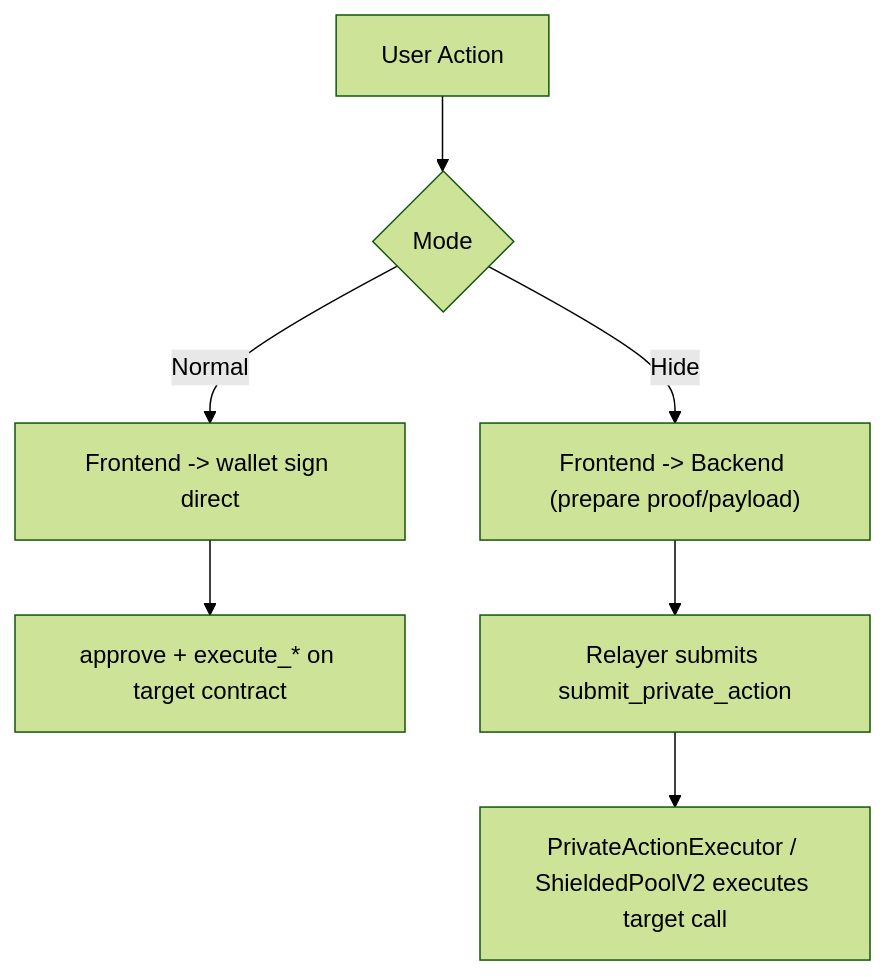
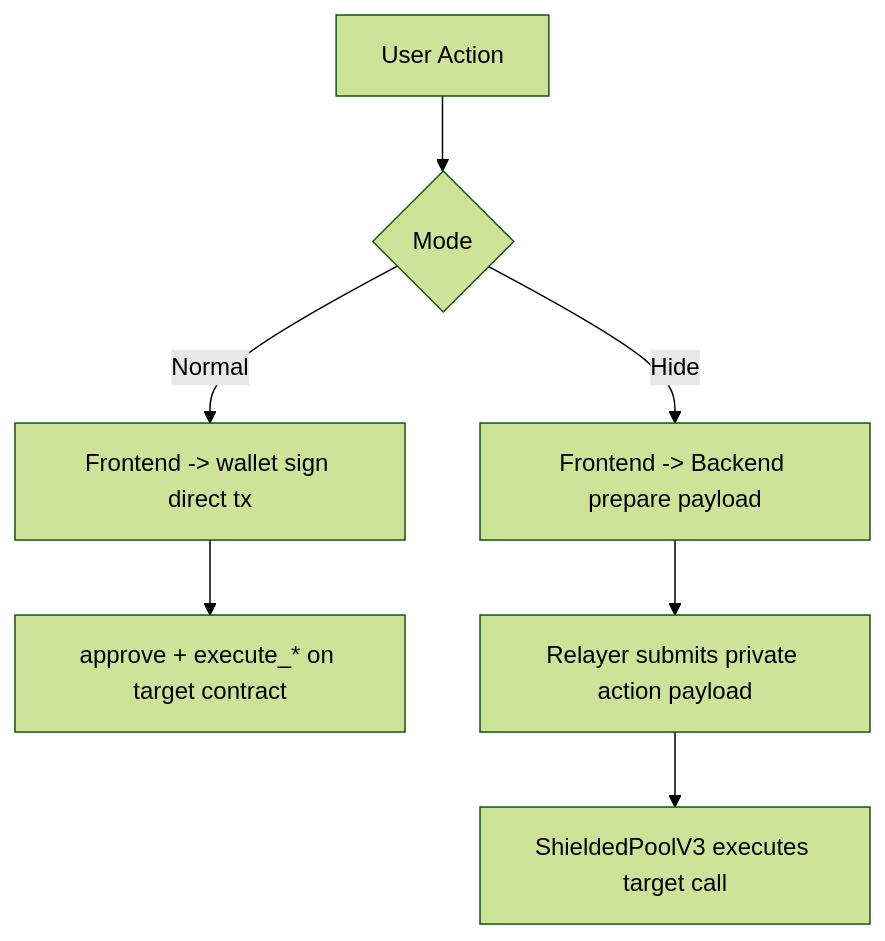
Before and after one commit to ntfound-dev/zkcarel_protocol: the second of 3 diagrams in README.md, drawn with Mermaid (forest theme). The commit also changed other lines of this file and 25 other files, not shown here.

````diff
--- a/README.md
+++ b/README.md
@@ -113,9 +119,9 @@
 ```mermaid
 flowchart TD
   A["User Action"] --> B{"Mode"}
-  B -->|Normal| C["Frontend -> wallet sign direct"]
-  B -->|Hide| D["Frontend -> Backend (prepare proof/payload)"]
+  B -->|Normal| C["Frontend -> wallet sign direct tx"]
+  B -->|Hide| D["Frontend -> Backend prepare payload"]
   C --> E["approve + execute_* on target contract"]
-  D --> F["Relayer submits submit_private_action"]
-  F --> G["PrivateActionExecutor / ShieldedPoolV2 executes target call"]
+  D --> F["Relayer submits private action payload"]
+  F --> G["ShieldedPoolV3 executes target call"]
 ```
````
